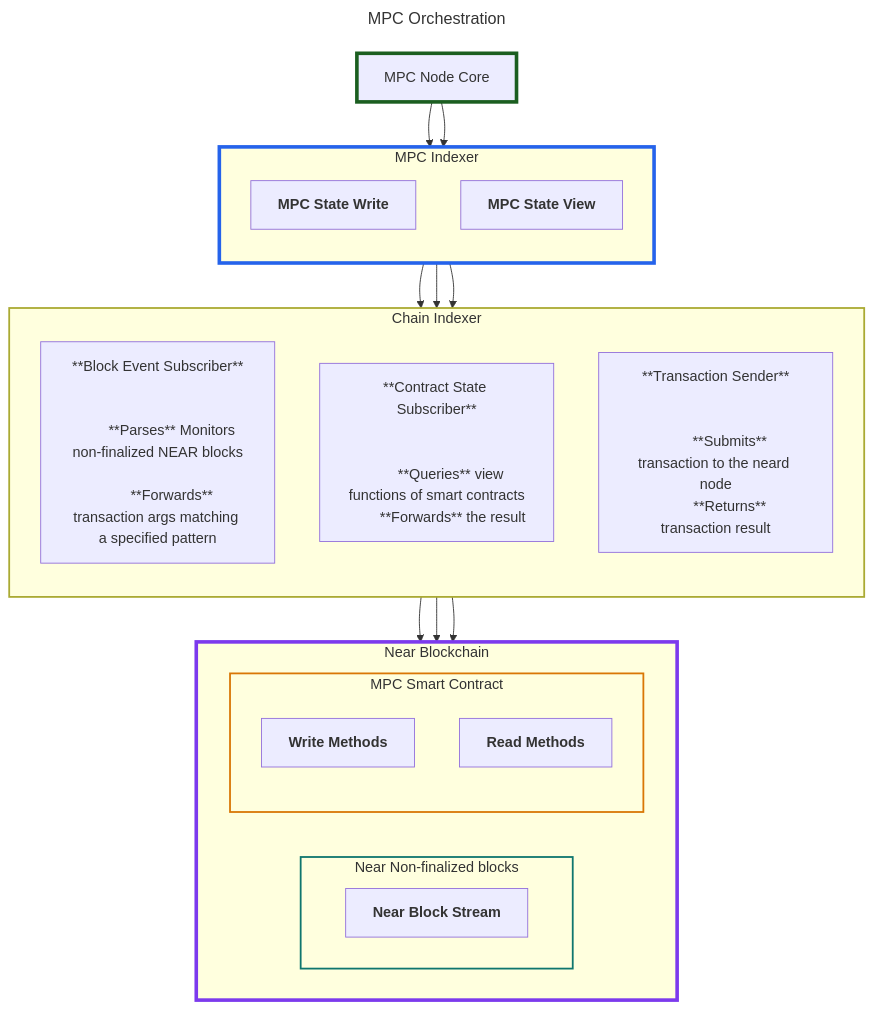
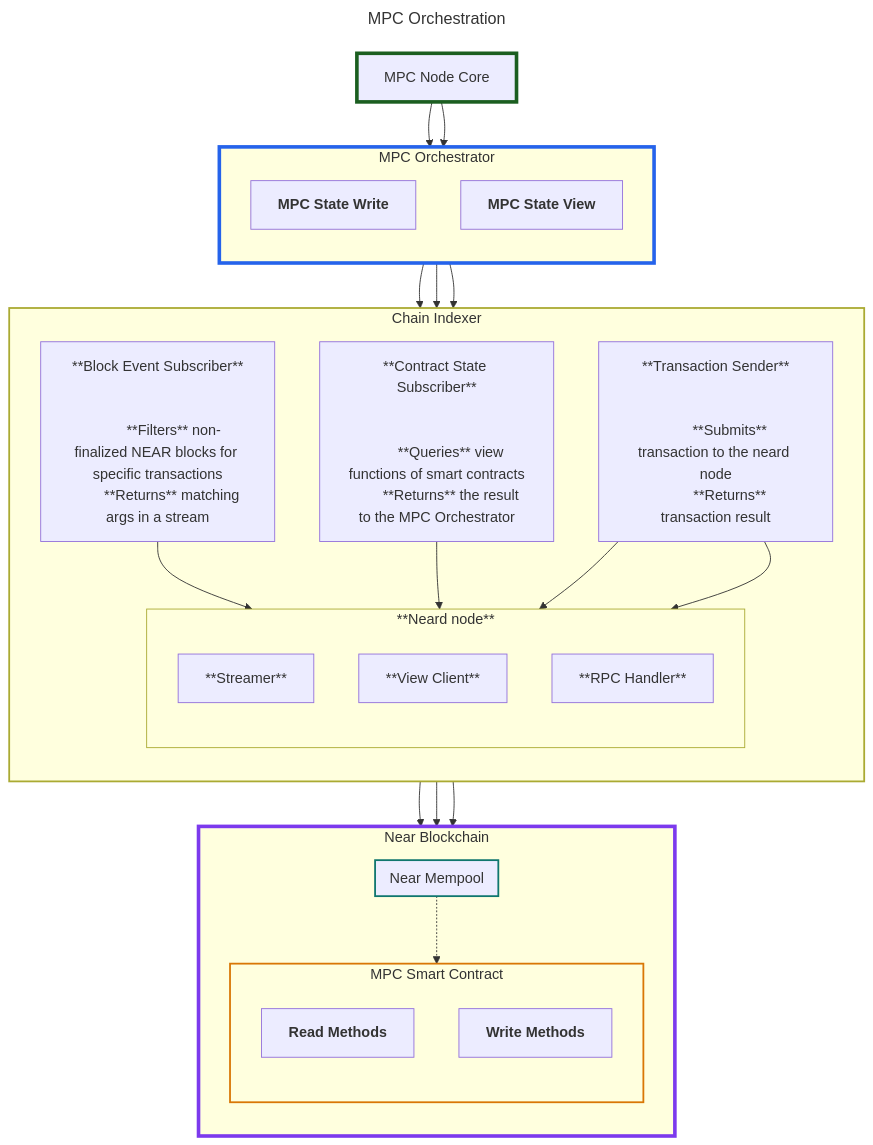
One commit to near/mpc changed the second of 3 diagrams in docs/indexer-design.md. Above: the diagram before and after it, drawn with Mermaid. The commit also changed other lines of this file, not shown here.

```diff
--- a/docs/indexer-design.md
+++ b/docs/indexer-design.md
@@ -211,7 +239,7 @@
 
 CORE[MPC Node Core]
 
-subgraph INDEXER[MPC Indexer]
+subgraph ORCHESTRATOR[MPC Orchestrator]
     direction TB
     WRITE[
     <b>MPC State Write</b>
@@ -221,70 +249,93 @@
     <b>MPC State View</b>
     ]
 
-
 end
 
 subgraph CHAIN[Chain Indexer]
     direction TB
     TX_SUBSCRIBER[**Block Event Subscriber**<br/><br/>
-        **Parses** Monitors non-finalized NEAR blocks<br/>
-        **Forwards** transaction args matching a specified pattern
+        **Filters** non-finalized NEAR blocks for specific transactions
+        **Returns** matching args in a stream 
     ]
 
     CONTRACT_STATE_VIEWER[**Contract State Subscriber**<br/><br/>
         **Queries** view functions of smart contracts
-        **Forwards** the result
+        **Returns** the result to the MPC Orchestrator
     ]
 
     TX_SENDER[**Transaction Sender**<br/><br/>
         **Submits** transaction to the neard node
         **Returns** transaction result
     ]
+
+    subgraph NEARD[**Neard node**]
+        direction TB
+        BLOCK_STREAMER[**Streamer**]
+
+        VIEW_CLIENT[**View Client**]
+
+        RPC_HANDLER[**RPC Handler**]
+
+    end
 end
 
 subgraph NEAR[Near Blockchain]
-    direction LR
+    direction TB
     
-    subgraph MEMPOOL[Near Non-finalized blocks]
-        direction LR
-        STREAMER[
-        <b>Near Block Stream</b>
-        ]
+    subgraph MEMPOOL[Near Mempool]
+        %%direction LR
+        %%STREAMER[
+        %%<b>Near Block Stream</b>
+        %%]
     end
 
     subgraph CONTRACT[MPC Smart Contract]
         direction TB
+        CONTRACT_VIEW[
+        <b>Read Methods</b>
+        ]
 
         CONTRACT_WRITE[
         <b>Write Methods</b>
         ]
 
-        CONTRACT_VIEW[
-        <b>Read Methods</b>
-        ]
+
     end
 
 end
 
 
-
+%% CORE --> Orchestrator
 CORE --> VIEW
 CORE --> WRITE
 
-%% Indexer --> Near Blockchain
-%%VIEW --> CONTRACT_VIEW
-VIEW -->CONTRACT_STATE_VIEWER
-CONTRACT_STATE_VIEWER --> CONTRACT_VIEW
+%% Orchestrator --> Chain Indexer
+VIEW --> CONTRACT_STATE_VIEWER
+%%CONTRACT_STATE_VIEWER --> CONTRACT_VIEW
 
-%% VIEW -->STREAMER 
 VIEW --> TX_SUBSCRIBER
-TX_SUBSCRIBER --> STREAMER
+TX_SUBSCRIBER --> BLOCK_STREAMER
+
+%%|Monitor Blocks for<br/>Signature & CKD Requests| STREAMER
+WRITE --> TX_SENDER
+%%TX_SENDER --> CONTRACT_WRITE
+
+%% Chain Indexer --> Neard
+CONTRACT_STATE_VIEWER --> VIEW_CLIENT
+
+TX_SENDER --> RPC_HANDLER
+TX_SENDER --> VIEW_CLIENT
+
+%%TX_SENDER --> BLOCK_STREAMER
 
 
-%%|Monitor Blocks for<br/>Signature & CKD Requests| STREAMER
-%%WRITE --> CONTRACT_WRITE
-WRITE --> TX_SENDER
-TX_SENDER --> CONTRACT_WRITE
+%% Neard --> Smart Contract
+
+%%RPC_HANDLER --> NEAR
+RPC_HANDLER --> MEMPOOL
+MEMPOOL -.-> CONTRACT_WRITE
+VIEW_CLIENT --> CONTRACT_VIEW
+BLOCK_STREAMER --> MEMPOOL
 
 %% ------------------------
 %% Styling
@@ -298,7 +349,7 @@
 classDef chain stroke-width:2px;
 
 class CORE core;
-class INDEXER indexer;
+class ORCHESTRATOR indexer;
 class NEAR near;
 class CONTRACT contract;
 class MEMPOOL mempool;
```
